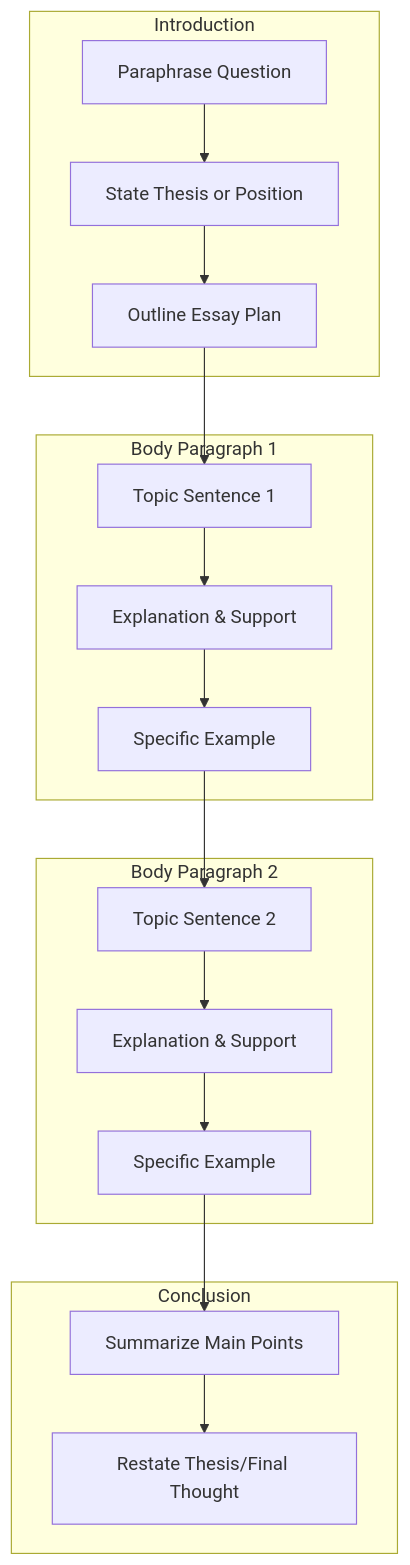
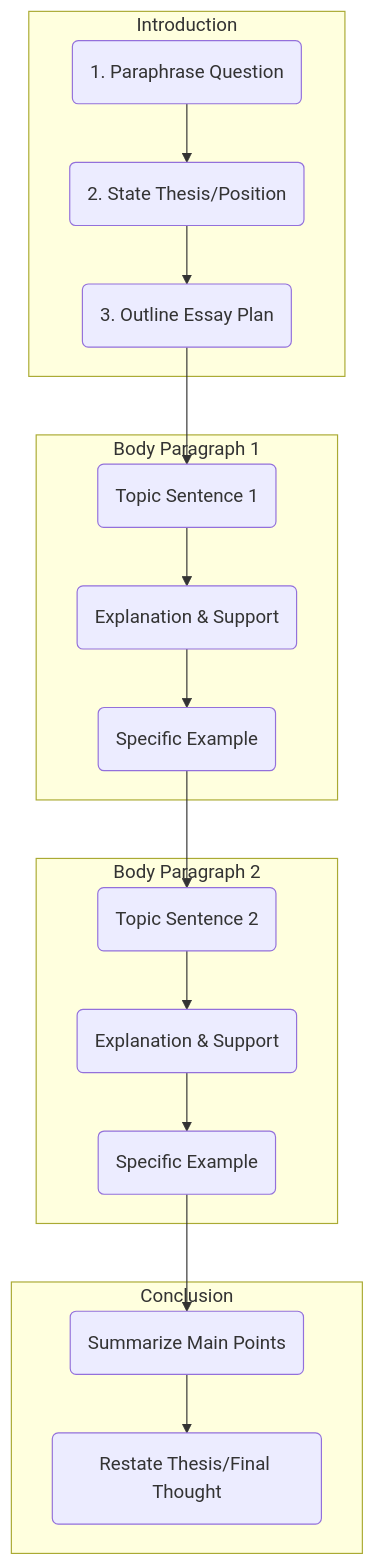
Before and after one commit to Jest-Test-Team/Ielts: the diagram in writing/task2/procedure.md, drawn with Mermaid. The commit also changed other lines of this file and 4 other files, not shown here.

````diff
--- a/writing/task2/procedure.md
+++ b/writing/task2/procedure.md
@@ -7,22 +1,22 @@
 ```mermaid
 graph TD
-    subgraph "Introduction"
-        A1["Paraphrase Question"] --> A2["State Thesis or Position"] --> A3["Outline Essay Plan"]
+    subgraph Introduction
+        A1("1. Paraphrase Question") --> A2("2. State Thesis/Position") --> A3("3. Outline Essay Plan");
     end
 
-    subgraph "Body Paragraph 1"
-        B1["Topic Sentence 1"] --> B2["Explanation & Support"] --> B3["Specific Example"]
+    subgraph Body Paragraph 1
+        B1("Topic Sentence 1") --> B2("Explanation & Support") --> B3("Specific Example");
     end
 
-    subgraph "Body Paragraph 2"
-        C1["Topic Sentence 2"] --> C2["Explanation & Support"] --> C3["Specific Example"]
+    subgraph Body Paragraph 2
+        C1("Topic Sentence 2") --> C2("Explanation & Support") --> C3("Specific Example");
     end
 
     subgraph Conclusion
-        D1["Summarize Main Points"] --> D2["Restate Thesis/Final Thought"]
+        D1("Summarize Main Points") --> D2("Restate Thesis/Final Thought");
     end
 
-    A3 --> B1
-    B3 --> C1
-    C3 --> D1
+    A3 --> B1;
+    B3 --> C1;
+    C3 --> D1;
 ```
````
